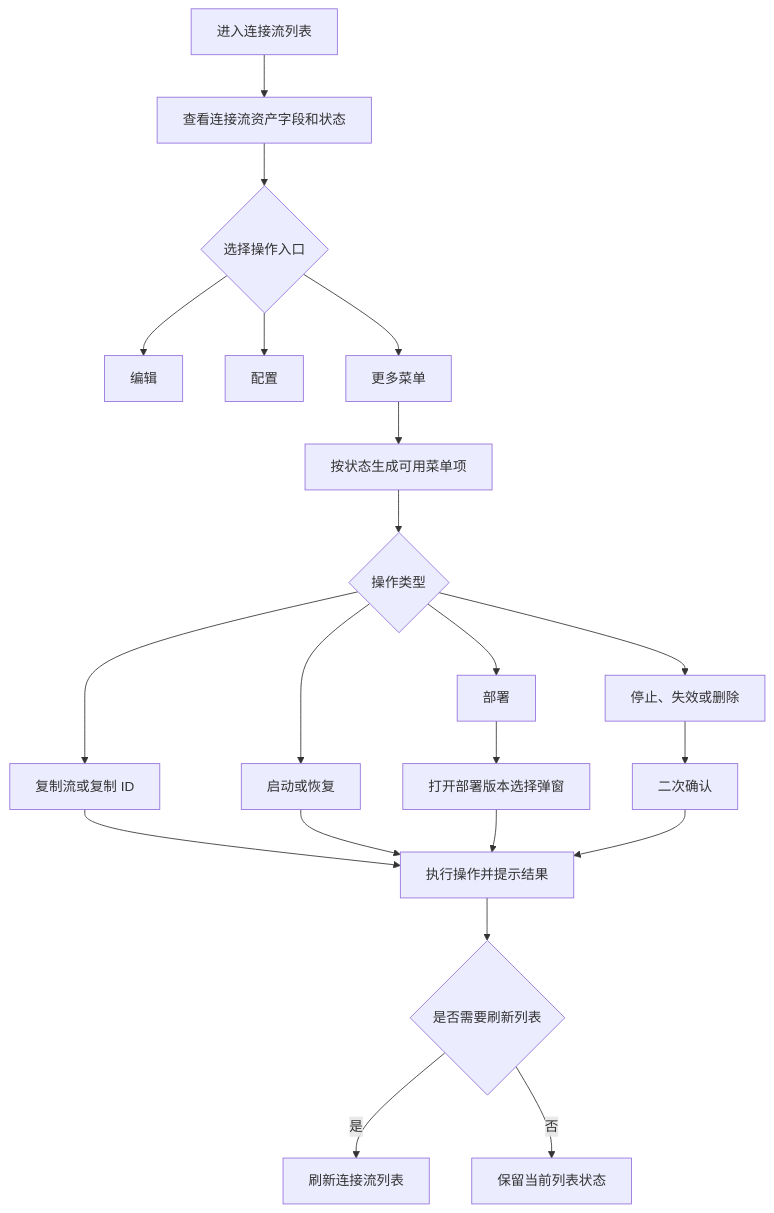
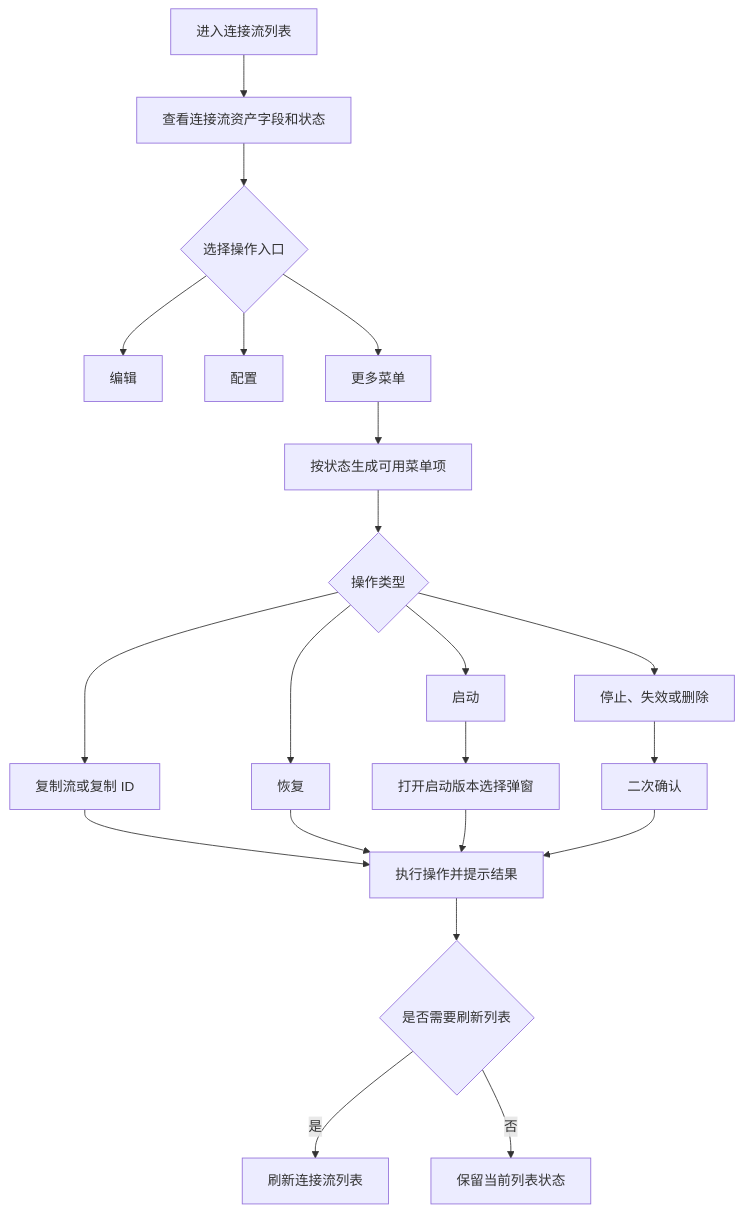
Before and after one commit to THZSummer/open-app: the first of 4 diagrams in front/doc/2026年6月文档/连接流列表需求设计说明书.md, drawn with Mermaid. The commit also changed other lines of this file and 4 other files, not shown here.

````diff
--- a/front/doc/2026年6月文档/连接流列表需求设计说明书.md
+++ b/front/doc/2026年6月文档/连接流列表需求设计说明书.md
@@ -170,23 +172,23 @@
 ```mermaid
 flowchart TD
     A[进入连接流列表] --> B[查看连接流资产字段和状态]
     B --> C{选择操作入口}
     C --> D[编辑]
     C --> E[配置]
     C --> F[更多菜单]
     F --> G[按状态生成可用菜单项]
     G --> H{操作类型}
     H --> I[复制流或复制 ID]
-    H --> J[部署]
-    H --> K[启动或恢复]
+    H --> J[启动]
+    H --> K[恢复]
     H --> L[停止、失效或删除]
-    J --> M[打开部署版本选择弹窗]
+    J --> M[打开启动版本选择弹窗]
     L --> N[二次确认]
     I --> O[执行操作并提示结果]
     K --> O
     M --> O
     N --> O
     O --> P{是否需要刷新列表}
     P -->|是| Q[刷新连接流列表]
     P -->|否| R[保留当前列表状态]
 ```
````
